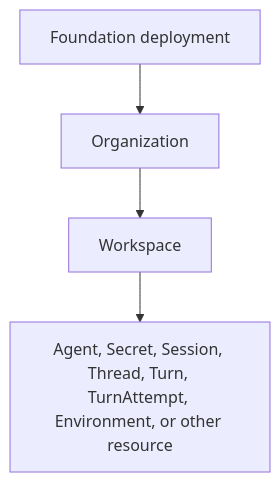
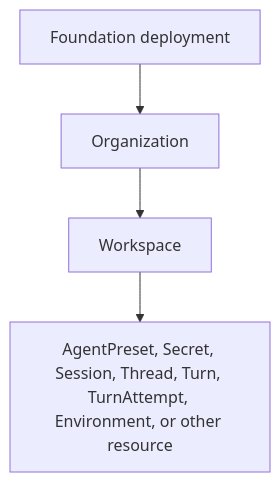
One commit to LTThreeComma/agent-foundation changed the diagram in spec/foundation-service/10-identity-and-access-management.md. Above: the diagram before and after it, drawn with Mermaid. The commit also changed other lines of this file and 23 other files, not shown here.

````diff
--- a/spec/foundation-service/10-identity-and-access-management.md
+++ b/spec/foundation-service/10-identity-and-access-management.md
@@ -23,9 +23,9 @@
 ```mermaid
 flowchart TB
     Deployment[Foundation deployment]
     Organization[Organization]
     Workspace[Workspace]
-    Resource[Agent, Secret, Session, Thread, Turn, TurnAttempt, Environment, or other resource]
+    Resource[AgentPreset, Secret, Session, Thread, Turn, TurnAttempt, Environment, or other resource]
 
     Deployment --> Organization --> Workspace --> Resource
 ```
````
